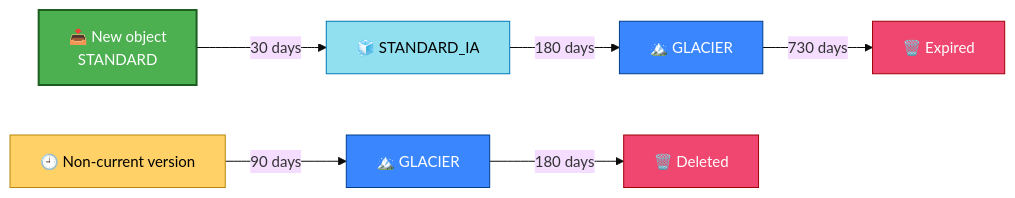
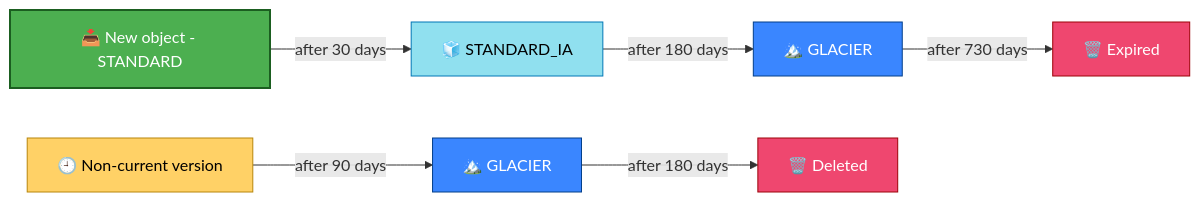
One commit to muntaha747/FinTech-Enterprise-Project changed the tenth of 12 diagrams in Terraform-FinTech-Infra/README.md. Above: the diagram before and after it, drawn with Mermaid. The commit also changed other lines of this file and 1 other file, not shown here.

Commit message:
Fix README Mermaid diagrams, add interview notes; drop duplicate root EKS access entry [skip CI]

````diff
--- a/Terraform-FinTech-Infra/README.md
+++ b/Terraform-FinTech-Infra/README.md
@@ -370,15 +417,14 @@
 ```mermaid
-%%{init: {'theme':'base','themeVariables':{'fontSize':'15px'}}}%%
 flowchart LR
-    N[📥 New object<br/>STANDARD]:::std -- 30 days --> IA[🧊 STANDARD_IA]:::ia
-    IA -- 180 days --> GL[🏔️ GLACIER]:::gl
-    GL -- 730 days --> X[🗑️ Expired]:::del
-    V[🕘 Non-current version]:::ver -- 90 days --> GL2[🏔️ GLACIER]:::gl
-    GL2 -- 180 days --> X2[🗑️ Deleted]:::del
+    N["📥 New object - STANDARD"]:::std -->|"after 30 days"| IA["🧊 STANDARD_IA"]:::ia
+    IA -->|"after 180 days"| GL["🏔️ GLACIER"]:::gl
+    GL -->|"after 730 days"| X["🗑️ Expired"]:::del
+    V["🕘 Non-current version"]:::ver -->|"after 90 days"| GL2["🏔️ GLACIER"]:::gl
+    GL2 -->|"after 180 days"| X2["🗑️ Deleted"]:::del
 
     classDef std fill:#4CAF50,stroke:#1B5E20,color:#fff,stroke-width:2px
     classDef ia  fill:#90E0EF,stroke:#0077B6,color:#000
     classDef gl  fill:#3A86FF,stroke:#023E8A,color:#fff
     classDef del fill:#EF476F,stroke:#9D0208,color:#fff
     classDef ver fill:#FFD166,stroke:#B8860B,color:#000
 ```
````
